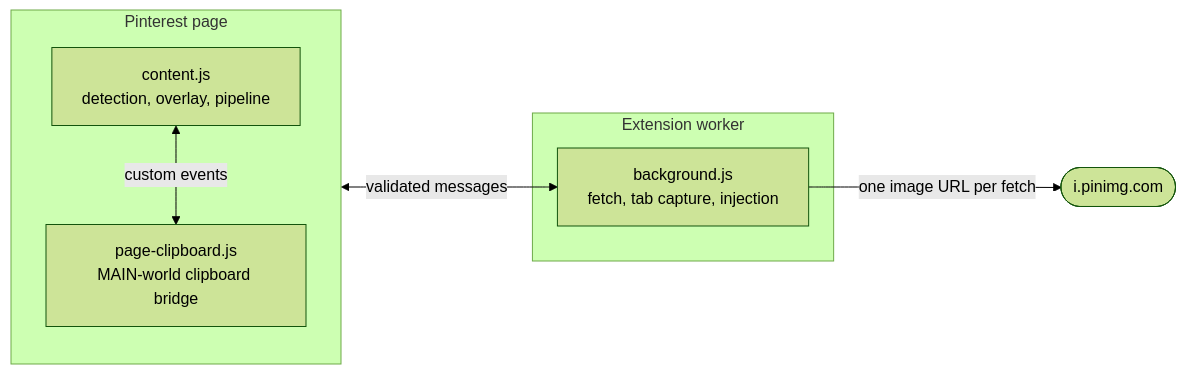
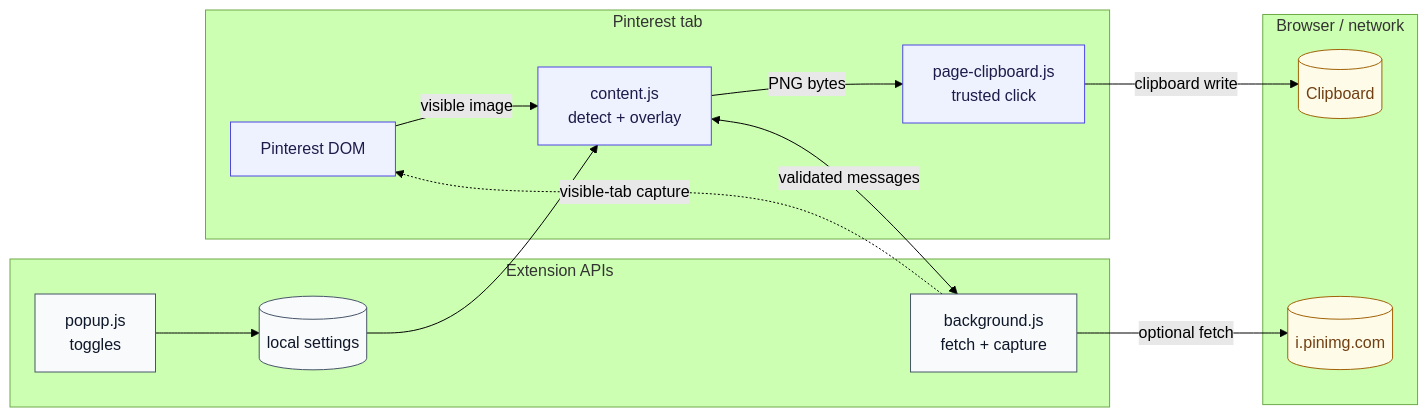
The third of 3 diagrams in README.md (Bbrizly/pluck), drawn with Mermaid (forest theme) before and after one commit. The commit also changed other lines of this file, not shown here.

````diff
--- a/README.md
+++ b/README.md
@@ -90,14 +114,35 @@
 ```mermaid
 flowchart LR
-  subgraph page["Pinterest page"]
-    direction TB
-    content["content.js<br>detection, overlay, pipeline"]
-    bridge["page-clipboard.js<br>MAIN-world clipboard bridge"]
-    content <-->|custom events| bridge
+  subgraph tab["Pinterest tab"]
+    dom["Pinterest DOM"]
+    content["content.js<br/>detect + overlay"]
+    bridge["page-clipboard.js<br/>trusted click"]
+    dom -->|visible image| content
+    content -->|PNG bytes| bridge
   end
-  subgraph ext["Extension worker"]
-    bg["background.js<br>fetch, tab capture, injection"]
+
+  subgraph ext["Extension APIs"]
+    bg["background.js<br/>fetch + capture"]
+    popup["popup.js<br/>toggles"]
+    storage[("local settings")]
+    popup --> storage
+    storage --> content
   end
+
+  subgraph outside["Browser / network"]
+    clip[("Clipboard")]
+    cdn[("i.pinimg.com")]
+  end
+
   content <-->|validated messages| bg
-  bg -->|one image URL per fetch| net(["i.pinimg.com"])
+  bridge -->|clipboard write| clip
+  bg -->|optional fetch| cdn
+  bg -.->|visible-tab capture| dom
+
+  classDef tabNode fill:#eef2ff,stroke:#4f46e5,color:#1e1b4b;
+  classDef extNode fill:#f8fafc,stroke:#475569,color:#0f172a;
+  classDef outsideNode fill:#fefce8,stroke:#a16207,color:#713f12;
+  class dom,content,bridge tabNode;
+  class bg,popup,storage extNode;
+  class clip,cdn outsideNode;
 ```
````
